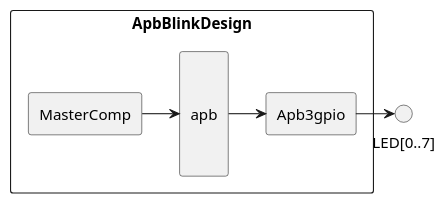
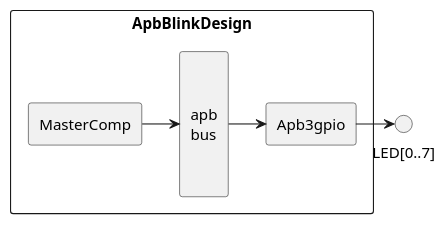
Before and after one commit to tuppi-ovh/example-sparkfun-alchitry-cu: the second of 3 diagrams in README.md, drawn with PlantUML. The commit also changed other lines of this file and 8 other files, not shown here.

Commit message:
start HelloWorldDesign with some MasterComp reorganization

````diff
--- a/README.md
+++ b/README.md
@@ -34,15 +33,13 @@
 ```plantuml
 @startuml
 rectangle ApbBlinkDesign {
   rectangle MasterComp
-  rectangle "\n\napb\n\n" as bus
+  rectangle "\n\napb\nbus\n\n" as apb
   rectangle Apb3gpio as gpio
 }
 circle "LED[0..7]" as leds
 gpio -> leds
-MasterComp -> bus 
-bus -> gpio
-
-
+MasterComp -> apb 
+apb -> gpio
 @enduml
 ```
````
